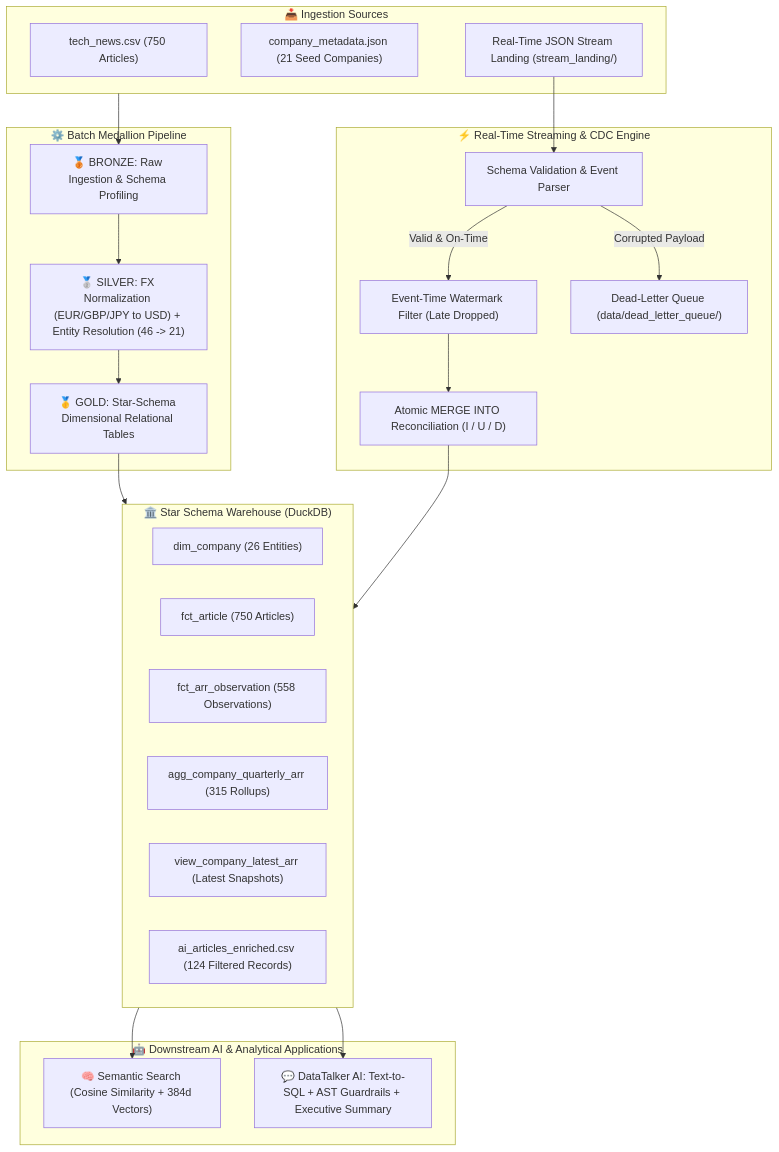
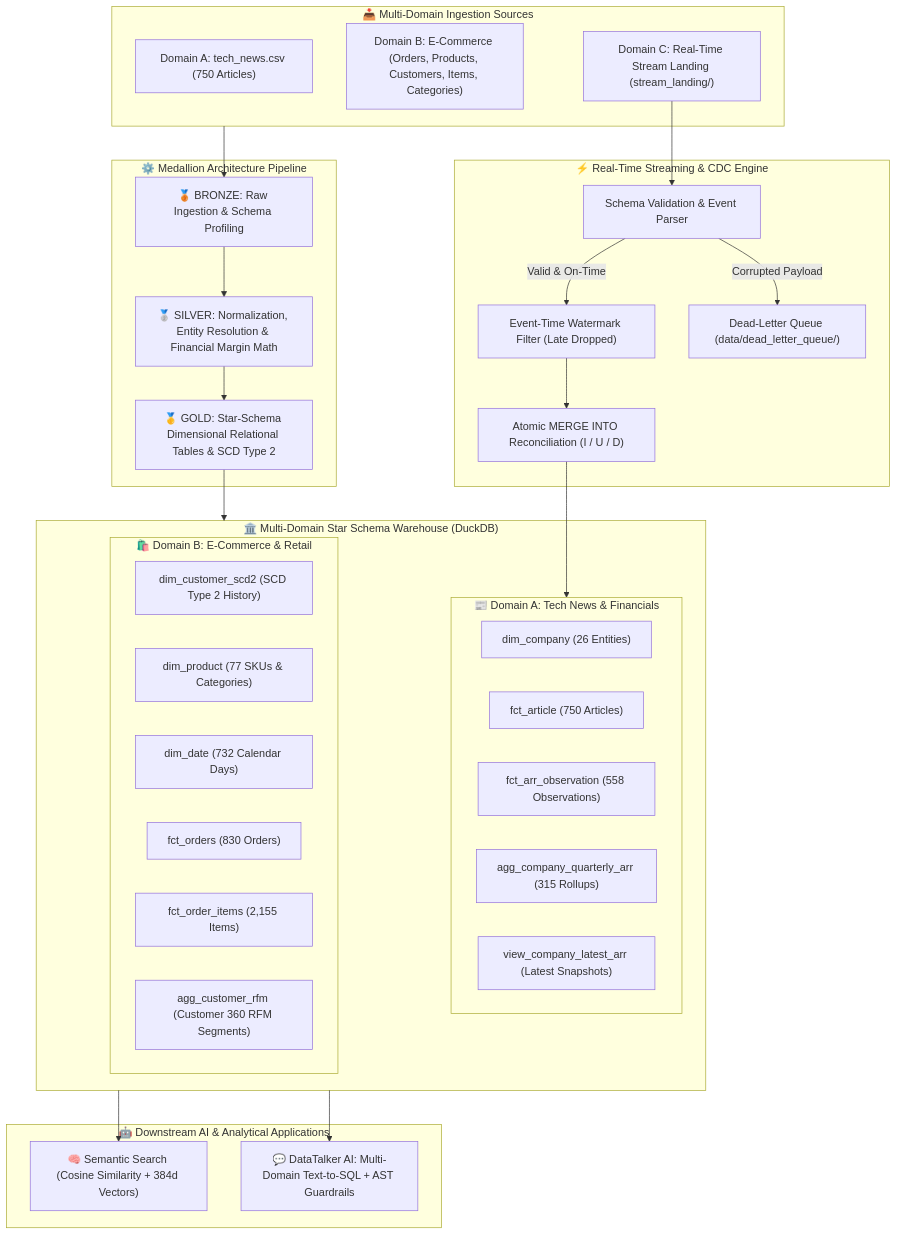
Before and after one commit to chanakyachandu/tech-news-arr-warehouse: the diagram in README.md, drawn with Mermaid. The commit also changed other lines of this file and 27 other files, not shown here.

Commit message:
feat: Add Multi-Domain E-Commerce Medallion, SCD Type 2, and RFM Analytics with 22 passing tests

````diff
--- a/README.md
+++ b/README.md
@@ -16,47 +16,56 @@
 ```mermaid
 flowchart TD
-    subgraph Sources["📥 Ingestion Sources"]
-        RAW_CSV["tech_news.csv (750 Articles)"]
-        RAW_JSON["company_metadata.json (21 Seed Companies)"]
-        STREAM_IN["Real-Time JSON Stream Landing (stream_landing/)"]
+    subgraph Sources["📥 Multi-Domain Ingestion Sources"]
+        RAW_CSV["Domain A: tech_news.csv (750 Articles)"]
+        RAW_ECOM["Domain B: E-Commerce (Orders, Products, Customers, Items, Categories)"]
+        STREAM_IN["Domain C: Real-Time Stream Landing (stream_landing/)"]
     end
 
-    subgraph BatchMedallion["⚙️ Batch Medallion Pipeline"]
+    subgraph BatchMedallion["⚙️ Medallion Architecture Pipeline"]
         B["🥉 BRONZE: Raw Ingestion & Schema Profiling"]
-        S["🥈 SILVER: FX Normalization (EUR/GBP/JPY to USD) + Entity Resolution (46 -> 21)"]
-        G["🥇 GOLD: Star-Schema Dimensional Relational Tables"]
+        S["🥈 SILVER: Normalization, Entity Resolution & Financial Margin Math"]
+        G["🥇 GOLD: Star-Schema Dimensional Relational Tables & SCD Type 2"]
         B --> S --> G
     end
 
     subgraph StreamingCDC["⚡ Real-Time Streaming & CDC Engine"]
         VAL["Schema Validation & Event Parser"]
         WM["Event-Time Watermark Filter (Late Dropped)"]
         DLQ["Dead-Letter Queue (data/dead_letter_queue/)"]
         MERGE["Atomic MERGE INTO Reconciliation (I / U / D)"]
         VAL -->|Valid & On-Time| WM --> MERGE
         VAL -->|Corrupted Payload| DLQ
     end
 
     Sources --> B
     STREAM_IN --> VAL
 
-    subgraph GoldWarehouse["🏛️ Star Schema Warehouse (DuckDB)"]
-        DIM_COMP["dim_company (26 Entities)"]
-        FCT_ART["fct_article (750 Articles)"]
-        FCT_ARR["fct_arr_observation (558 Observations)"]
-        AGG_QTR["agg_company_quarterly_arr (315 Rollups)"]
-        VIEW_ARR["view_company_latest_arr (Latest Snapshots)"]
-        DELIV["ai_articles_enriched.csv (124 Filtered Records)"]
+    subgraph GoldWarehouse["🏛️ Multi-Domain Star Schema Warehouse (DuckDB)"]
+        subgraph DomainA_Gold["📰 Domain A: Tech News & Financials"]
+            DIM_COMP["dim_company (26 Entities)"]
+            FCT_ART["fct_article (750 Articles)"]
+            FCT_ARR["fct_arr_observation (558 Observations)"]
+            AGG_QTR["agg_company_quarterly_arr (315 Rollups)"]
+            VIEW_ARR["view_company_latest_arr (Latest Snapshots)"]
+        end
+        subgraph DomainB_Gold["🛍️ Domain B: E-Commerce & Retail"]
+            DIM_CUST_SCD2["dim_customer_scd2 (SCD Type 2 History)"]
+            DIM_PROD["dim_product (77 SKUs & Categories)"]
+            DIM_DATE["dim_date (732 Calendar Days)"]
+            FCT_ORD["fct_orders (830 Orders)"]
+            FCT_ITEM["fct_order_items (2,155 Items)"]
+            AGG_RFM["agg_customer_rfm (Customer 360 RFM Segments)"]
+        end
     end
 
     G --> GoldWarehouse
-    MERGE --> GoldWarehouse
+    MERGE --> DomainA_Gold
 
     subgraph DownstreamApps["🤖 Downstream AI & Analytical Applications"]
         VEC["🧠 Semantic Search (Cosine Similarity + 384d Vectors)"]
-        TALKER["💬 DataTalker AI: Text-to-SQL + AST Guardrails + Executive Summary"]
+        TALKER["💬 DataTalker AI: Multi-Domain Text-to-SQL + AST Guardrails"]
     end
 
     GoldWarehouse --> VEC
     GoldWarehouse --> TALKER
 ```
````
